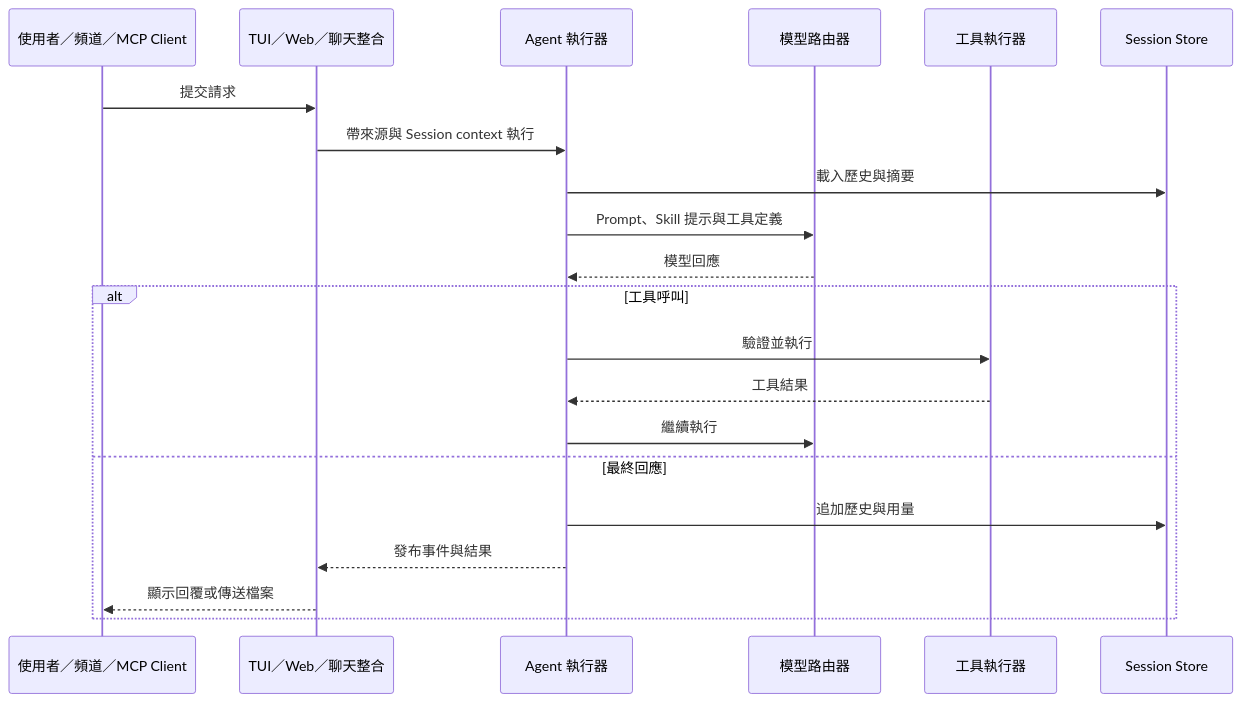
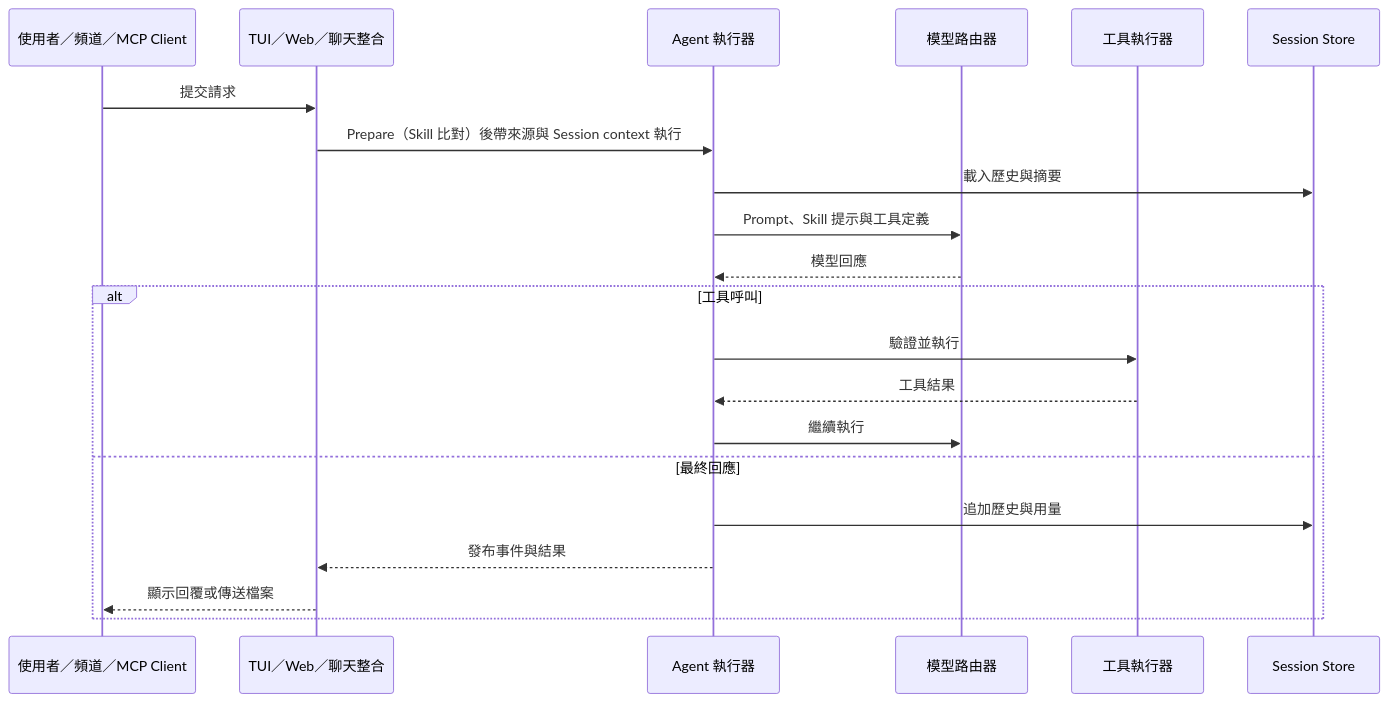
The eighth of 9 diagrams in doc/architecture.zh.md (agenvoy/Agenvoy), drawn with Mermaid before and after one commit. The commit also changed other lines of this file and 3 other files, not shown here.

Commit message:
doc: Update architecture and runtime configuration documentation

````diff
--- a/doc/architecture.zh.md
+++ b/doc/architecture.zh.md
@@ -150,24 +153,24 @@
 ```mermaid
 sequenceDiagram
     participant User as 使用者／頻道／MCP Client
     participant Entry as TUI／Web／聊天整合
     participant Exec as Agent 執行器
     participant Router as 模型路由器
     participant Tools as 工具執行器
     participant Store as Session Store
 
     User->>Entry: 提交請求
-    Entry->>Exec: 帶來源與 Session context 執行
+    Entry->>Exec: Prepare（Skill 比對）後帶來源與 Session context 執行
     Exec->>Store: 載入歷史與摘要
     Exec->>Router: Prompt、Skill 提示與工具定義
     Router-->>Exec: 模型回應
     alt 工具呼叫
         Exec->>Tools: 驗證並執行
         Tools-->>Exec: 工具結果
         Exec->>Router: 繼續執行
     else 最終回應
         Exec->>Store: 追加歷史與用量
         Exec-->>Entry: 發布事件與結果
         Entry-->>User: 顯示回覆或傳送檔案
     end
 ```
````
